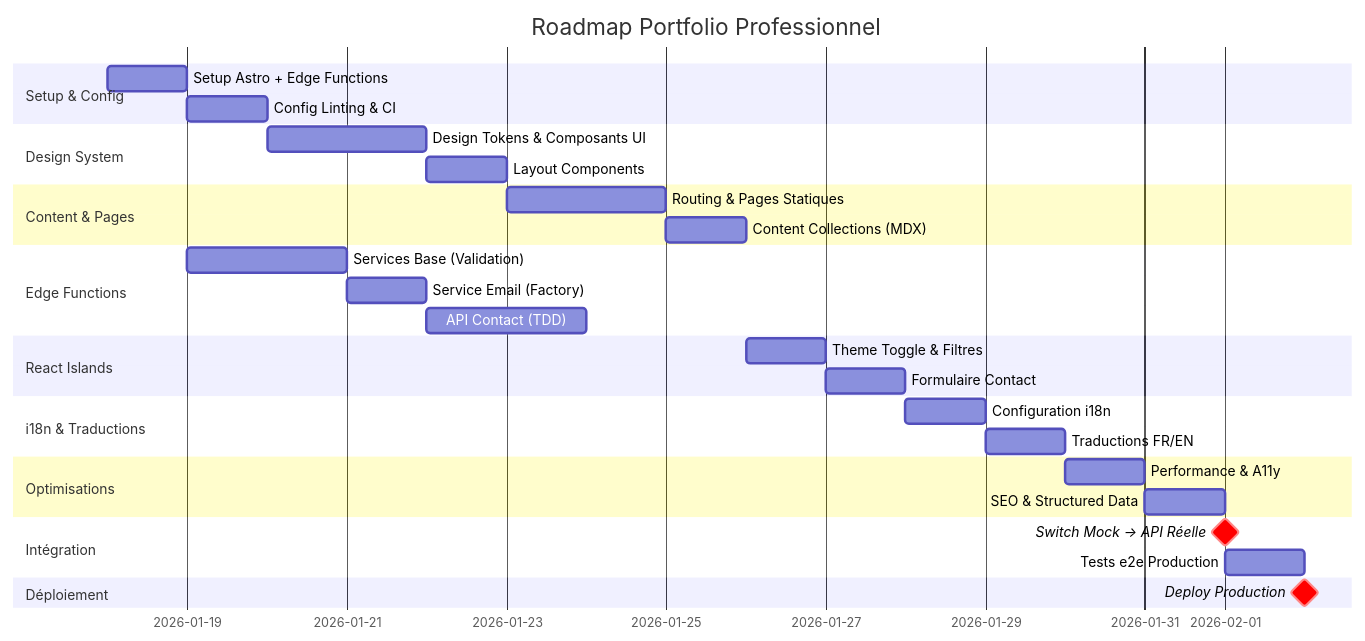
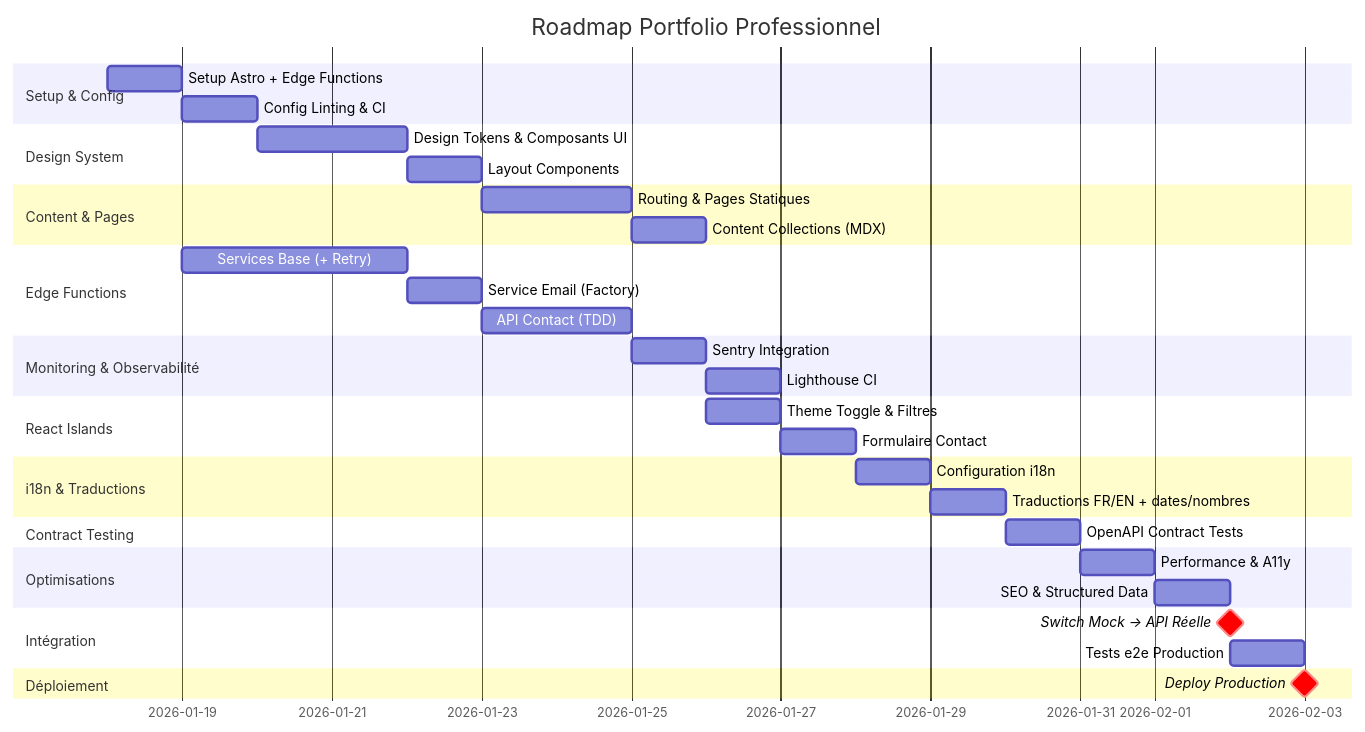
Before and after one commit to esdrasgbedozin/MyPortfolio: the diagram in 06_PLAN_GENERAL.md, drawn with Mermaid. The commit also changed other lines of this file and 5 other files, not shown here.

First line of the commit message:
feat(roadmaps): intégration recommandations contre-expertise

````diff
--- a/06_PLAN_GENERAL.md
+++ b/06_PLAN_GENERAL.md
@@ -27,41 +36,48 @@
 ```mermaid
 gantt
     title Roadmap Portfolio Professionnel
     dateFormat  YYYY-MM-DD
     
     section Setup & Config
     Setup Astro + Edge Functions    :setup1, 2026-01-18, 1d
     Config Linting & CI             :setup2, after setup1, 1d
     
     section Design System
     Design Tokens & Composants UI   :design1, after setup2, 2d
     Layout Components               :design2, after design1, 1d
     
     section Content & Pages
     Routing & Pages Statiques       :pages1, after design2, 2d
     Content Collections (MDX)       :pages2, after pages1, 1d
     
     section Edge Functions
-    Services Base (Validation)      :edge1, after setup1, 2d
+    Services Base (+ Retry)         :edge1, after setup1, 2.5d
     Service Email (Factory)         :edge2, after edge1, 1d
     API Contact (TDD)               :edge3, after edge2, 2d
+    
+    section Monitoring & Observabilité
+    Sentry Integration              :monitor1, after edge3, 1d
+    Lighthouse CI                   :monitor2, after monitor1, 0.5d
     
     section React Islands
     Theme Toggle & Filtres          :react1, after pages2, 1d
     Formulaire Contact              :react2, after react1, 1d
     
     section i18n & Traductions
     Configuration i18n              :i18n1, after react2, 1d
-    Traductions FR/EN               :i18n2, after i18n1, 1d
+    Traductions FR/EN + dates/nombres :i18n2, after i18n1, 1d
+    
+    section Contract Testing
+    OpenAPI Contract Tests          :contract1, after edge3 i18n2, 0.5d
     
     section Optimisations
-    Performance & A11y              :perf1, after i18n2, 1d
+    Performance & A11y              :perf1, after contract1, 1d
     SEO & Structured Data           :perf2, after perf1, 1d
     
     section Intégration
-    Switch Mock → API Réelle        :crit, milestone, after edge3 perf2, 0d
+    Switch Mock → API Réelle        :crit, milestone, after perf2, 0d
     Tests e2e Production            :test1, after perf2, 1d
     
     section Déploiement
     Deploy Production               :crit, milestone, after test1, 0d
 ```
````
